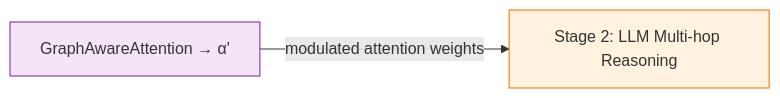
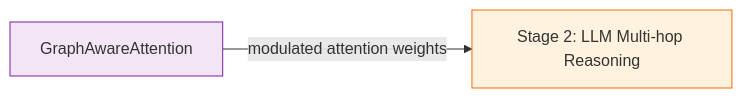
The sixth of 7 diagrams in docs/methodology/engine_integration.md (robguilarr/s-graphllm), drawn with Mermaid before and after one commit. The commit also changed other lines of this file and 3 other files, not shown here.

Commit message:
Mermaid update

````diff
--- a/docs/methodology/engine_integration.md
+++ b/docs/methodology/engine_integration.md
@@ -315,7 +301,7 @@
 ```mermaid
 flowchart LR
-    GAA["GraphAwareAttention → α'"] -- "modulated attention weights" --> LLM["Stage 2: LLM Multi-hop Reasoning"]
+    GAA["GraphAwareAttention"] -- "modulated attention weights" --> LLM["Stage 2: LLM Multi-hop Reasoning"]
 
     style GAA fill:#f3e5f5,stroke:#7b1fa2
     style LLM fill:#fff3e0,stroke:#ef6c00
 ```
````
